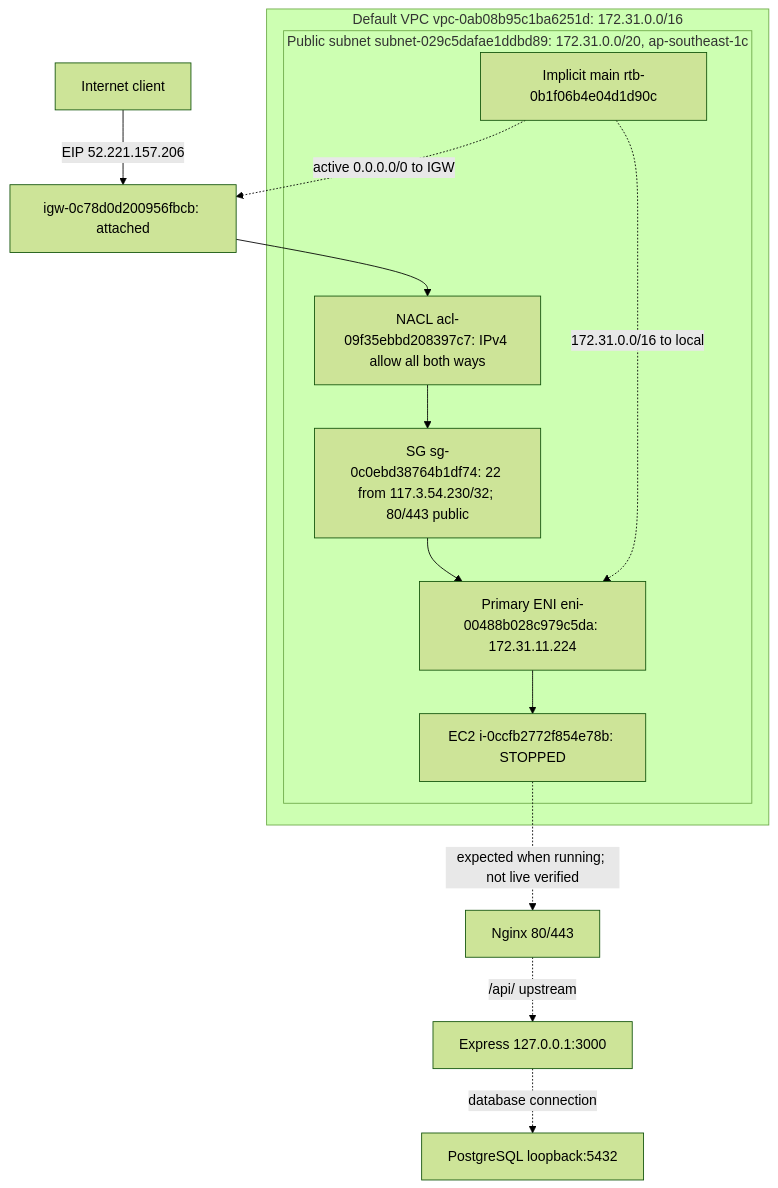
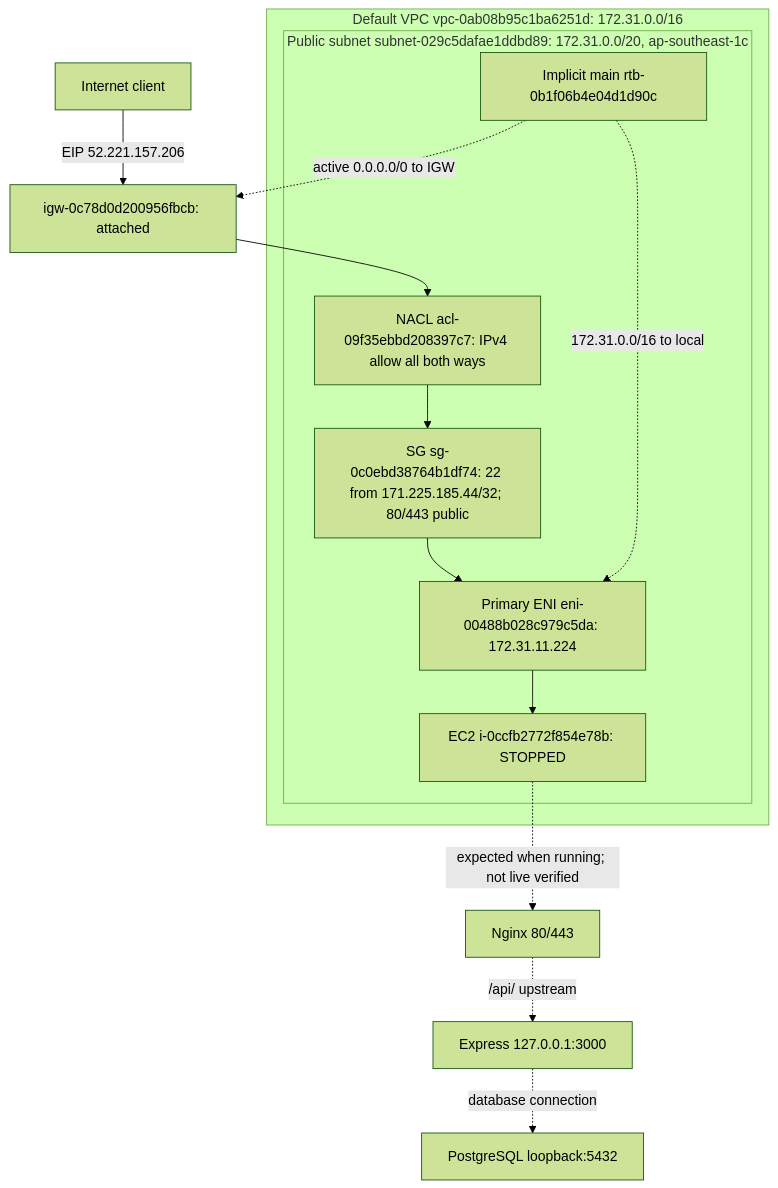
The diagram in docs/aws/network-control-plane.md (LVTIT/PBL4-517), drawn with Mermaid (forest theme) before and after one commit. The commit also changed other lines of this file and 6 other files, not shown here.

````diff
--- a/docs/aws/network-control-plane.md
+++ b/docs/aws/network-control-plane.md
@@ -15,20 +17,20 @@
 ```mermaid
 flowchart TB
     Internet["Internet client"] -->|"EIP 52.221.157.206"| IGW["igw-0c78d0d200956fbcb: attached"]
     subgraph VPC["Default VPC vpc-0ab08b95c1ba6251d: 172.31.0.0/16"]
         subgraph Subnet["Public subnet subnet-029c5dafae1ddbd89: 172.31.0.0/20, ap-southeast-1c"]
             RT["Implicit main rtb-0b1f06b4e04d1d90c"]
             ACL["NACL acl-09f35ebbd208397c7: IPv4 allow all both ways"]
-            SG["SG sg-0c0ebd38764b1df74: 22 from 117.3.54.230/32; 80/443 public"]
+            SG["SG sg-0c0ebd38764b1df74: 22 from 171.225.185.44/32; 80/443 public"]
             ENI["Primary ENI eni-00488b028c979c5da: 172.31.11.224"]
             EC2["EC2 i-0ccfb2772f854e78b: STOPPED"]
             ACL --> SG --> ENI --> EC2
             RT -. "172.31.0.0/16 to local" .-> ENI
         end
     end
     IGW --> ACL
     RT -. "active 0.0.0.0/0 to IGW" .-> IGW
     EC2 -. "expected when running; not live verified" .-> Nginx["Nginx 80/443"]
     Nginx -. "/api/ upstream" .-> Express["Express 127.0.0.1:3000"]
     Express -. "database connection" .-> DB["PostgreSQL loopback:5432"]
 ```
````
